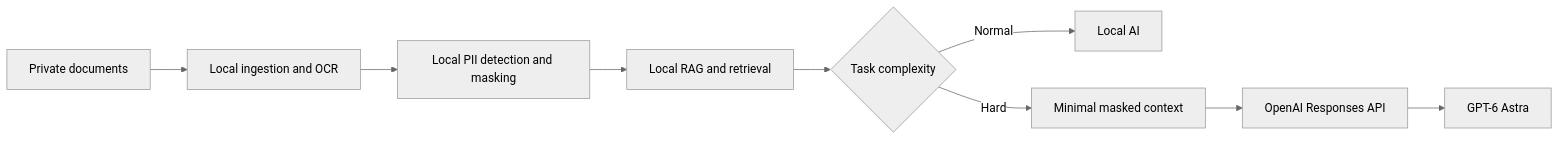
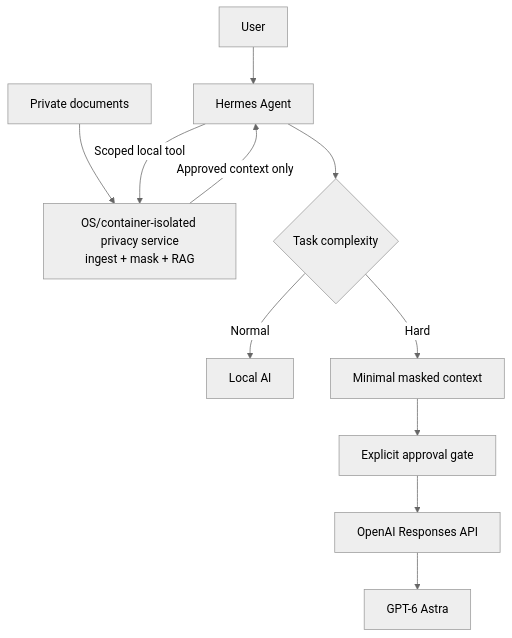
The diagram in docs/architecture.md (Boom-Vitt/local-ai-gpt6-privacy-guide), drawn with Mermaid (neutral theme) before and after one commit. The commit also changed other lines of this file and 5 other files, not shown here.

Commit message:
docs: add Hermes agent-era architecture

````diff
--- a/docs/architecture.md
+++ b/docs/architecture.md
@@ -13,11 +13,13 @@
 ```mermaid
-flowchart LR
-    A[Private documents] --> B[Local ingestion and OCR]
-    B --> C[Local PII detection and masking]
-    C --> D[Local RAG and retrieval]
-    D --> E{Task complexity}
-    E -->|Normal| F[Local AI]
-    E -->|Hard| G[Minimal masked context]
-    G --> H[OpenAI Responses API]
-    H --> I[GPT-6 Astra]
+flowchart TB
+    U[User] --> H[Hermes Agent]
+    A[Private documents] --> P[OS/container-isolated privacy service<br/>ingest + mask + RAG]
+    H -->|Scoped local tool| P
+    P -->|Approved context only| H
+    H --> E{Task complexity}
+    E -->|Normal| L[Local AI]
+    E -->|Hard| M[Minimal masked context]
+    M --> G[Explicit approval gate]
+    G --> O[OpenAI Responses API]
+    O --> C[GPT-6 Astra]
 ```
````
